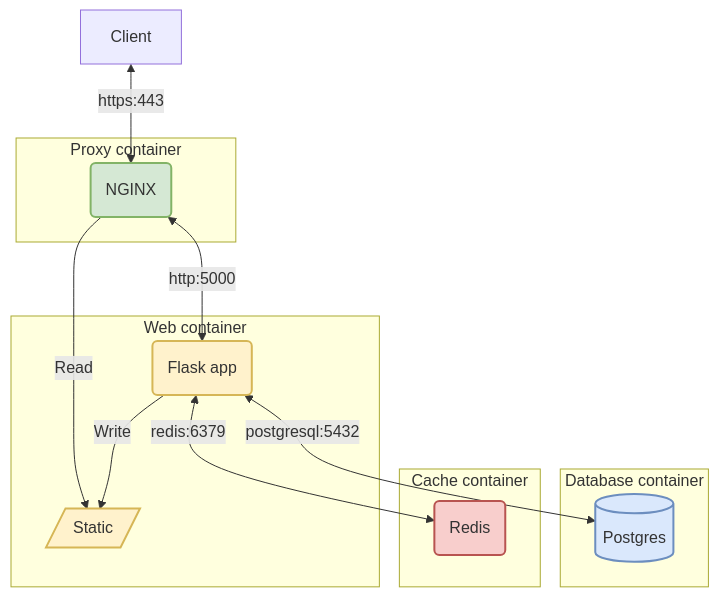
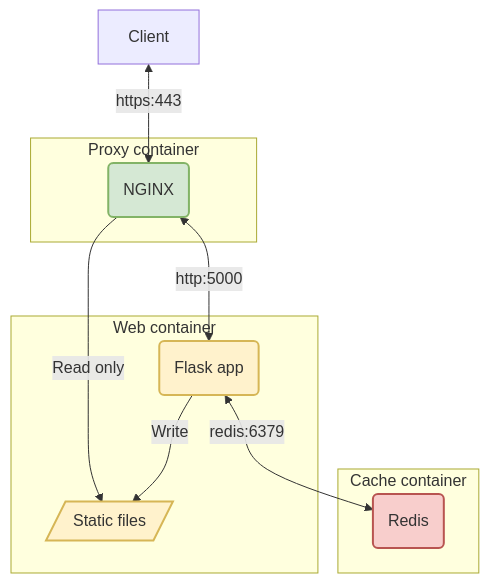
Before and after one commit to LandRegistry/govuk-frontend-flask: the diagram in README.md, drawn with Mermaid.

Commit message:
remove db

````diff
--- a/README.md
+++ b/README.md
@@ -78,37 +78,30 @@
 ```mermaid
 flowchart TB
     cache1(Redis):::CACHE
     Client
-    db1[(Postgres)]:::DB
     prox1(NGINX):::PROXY
     web1(Flask app):::WEB
-    web2[/Static/]:::WEB
+    web2[/Static files/]:::WEB
 
     Client <-- https:443 --> prox1 <-- http:5000 --> web1
-    prox1 -- Read --> web2
+    prox1 -- Read only --> web2
     web1 -- Write --> web2
-    web1 <-- postgresql:5432 --> db1
     web1 <-- redis:6379 --> cache1
 
     subgraph Proxy container
         prox1
     end
 
     subgraph Web container
         web1
         web2
     end
 
-    subgraph Database container
-        db1
-    end
-
     subgraph Cache container
         cache1
     end
 
     classDef CACHE fill:#F8CECC,stroke:#B85450,stroke-width:2px
-    classDef DB fill:#DAE8FC,stroke:#6C8EBF,stroke-width:2px
     classDef PROXY fill:#D5E8D4,stroke:#82B366,stroke-width:2px
     classDef WEB fill:#FFF2CC,stroke:#D6B656,stroke-width:2px
 ```
````
